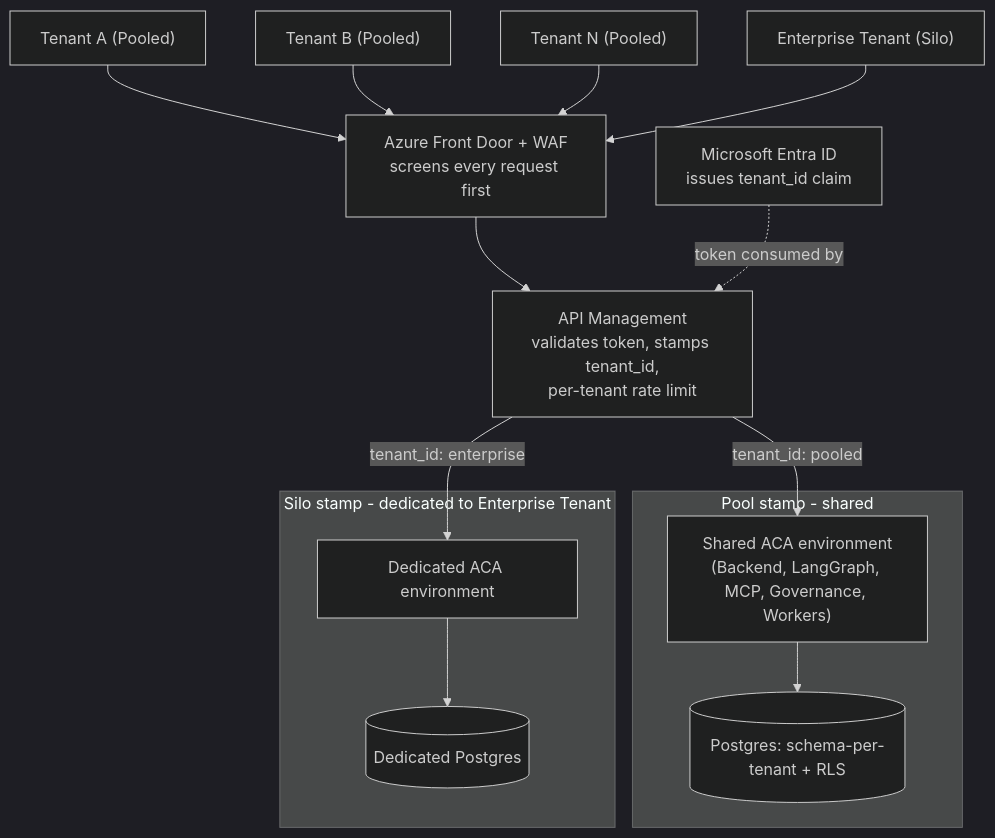
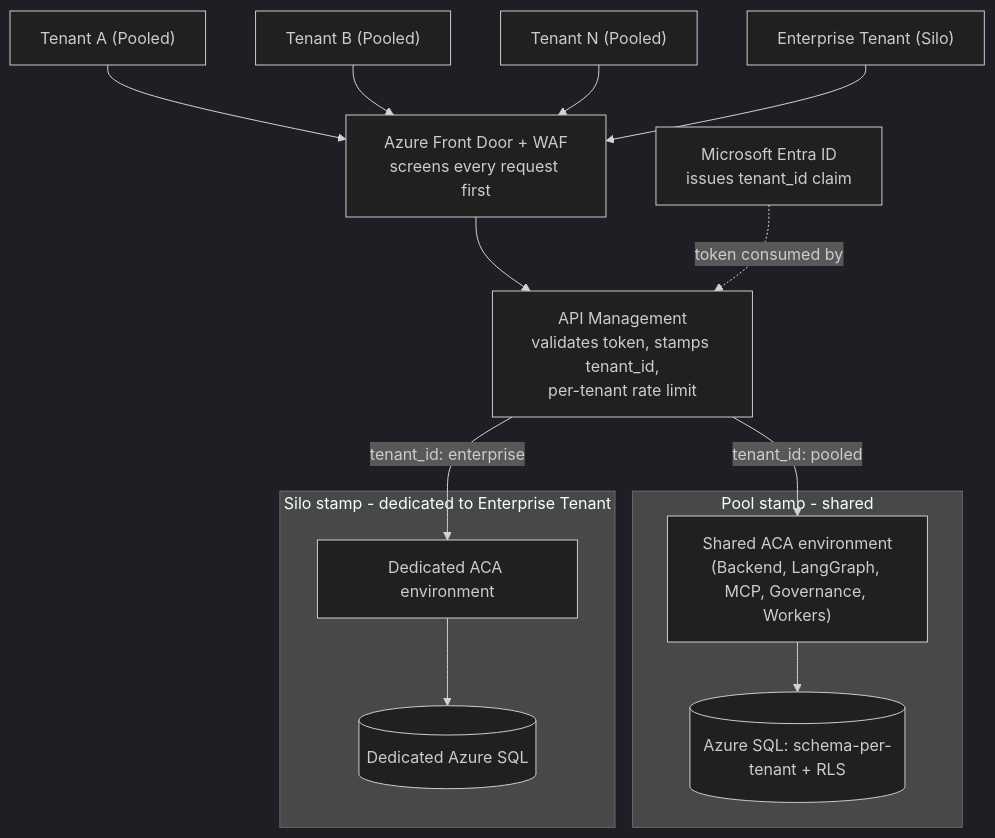
One commit to shaleen-wonder-ent/agentic-ai-saas-architecture changed the fifth of 6 diagrams in docs/07-multitenancy-explained.md. Above: the diagram before and after it, drawn with Mermaid (dark theme). The commit also changed other lines of this file and 7 other files, not shown here.

Commit message:
architecturial changes

````diff
--- a/docs/07-multitenancy-explained.md
+++ b/docs/07-multitenancy-explained.md
@@ -138,29 +138,29 @@
 ```mermaid
 flowchart TB
     TA["Tenant A (Pooled)"]
     TB["Tenant B (Pooled)"]
     TN["Tenant N (Pooled)"]
     TE["Enterprise Tenant (Silo)"]
 
     ID["Microsoft Entra ID<br/>issues tenant_id claim"]
     FD["Azure Front Door + WAF<br/>screens every request first"]
     APIM["API Management<br/>validates token, stamps tenant_id,<br/>per-tenant rate limit"]
 
     TA & TB & TN & TE --> FD --> APIM
     ID -.->|"token consumed by"| APIM
 
     subgraph PoolStamp["Pool stamp - shared"]
         PApp["Shared ACA environment<br/>(Backend, LangGraph, MCP, Governance, Workers)"]
-        PDB[("Postgres: schema-per-tenant + RLS")]
+        PDB[("Azure SQL: schema-per-tenant + RLS")]
         PApp --> PDB
     end
 
     subgraph SiloStamp["Silo stamp - dedicated to Enterprise Tenant"]
         SApp["Dedicated ACA environment"]
-        SDB[("Dedicated Postgres")]
+        SDB[("Dedicated Azure SQL")]
         SApp --> SDB
     end
 
     APIM -->|"tenant_id: pooled"| PApp
     APIM -->|"tenant_id: enterprise"| SApp
 ```
````
